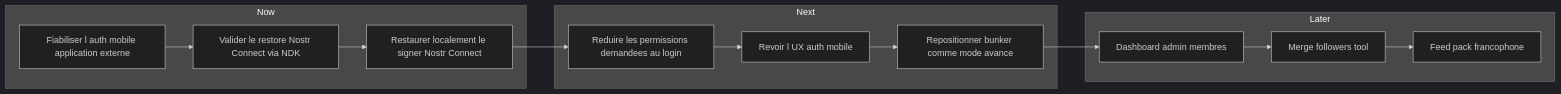
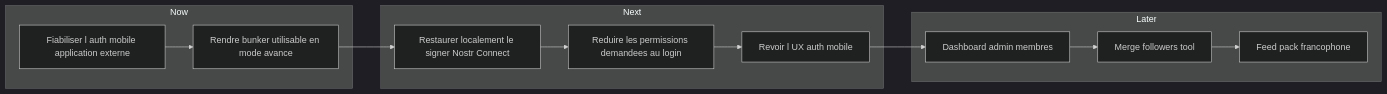
The diagram in docs/product/roadmap.md (maxiim3/nostr-tools-ng-app), drawn with Mermaid (dark theme) before and after one commit. The commit also changed other lines of this file and 10 other files, not shown here.

Commit message:
feat: simplify mobile pwa auth documentation scope

````diff
--- a/docs/product/roadmap.md
+++ b/docs/product/roadmap.md
@@ -27,23 +27,22 @@
 ```mermaid
 flowchart LR
   subgraph Now[Now]
     A1[Fiabiliser l auth mobile application externe]
-    A2[Valider le restore Nostr Connect via NDK]
-    A3[Restaurer localement le signer Nostr Connect]
+    A2[Rendre bunker utilisable en mode avance]
   end
 
   subgraph Next[Next]
-    B1[Reduire les permissions demandees au login]
-    B2[Revoir l UX auth mobile]
-    B3[Repositionner bunker comme mode avance]
+    B1[Restaurer localement le signer Nostr Connect]
+    B2[Reduire les permissions demandees au login]
+    B3[Revoir l UX auth mobile]
   end
 
   subgraph Later[Later]
     C1[Dashboard admin membres]
     C2[Merge followers tool]
     C3[Feed pack francophone]
   end
 
-  A1 --> A2 --> A3 --> B1 --> B2 --> B3 --> C1
+  A1 --> A2 --> B1 --> B2 --> B3 --> C1
   C1 --> C2 --> C3
 ```
````
